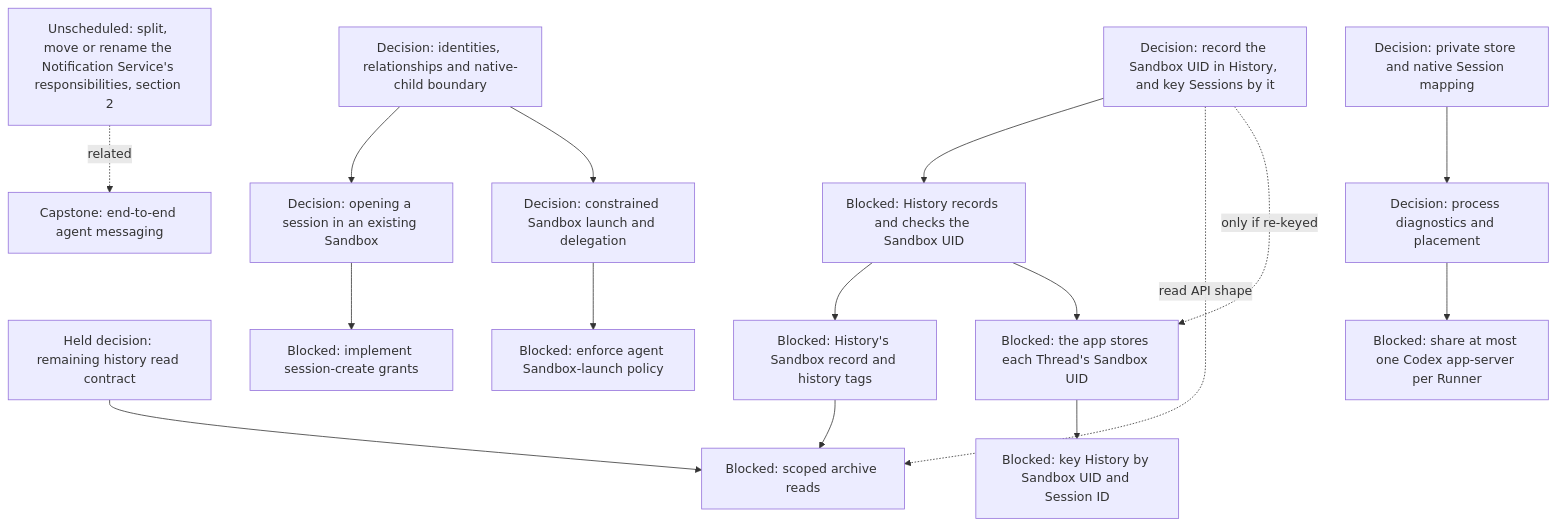
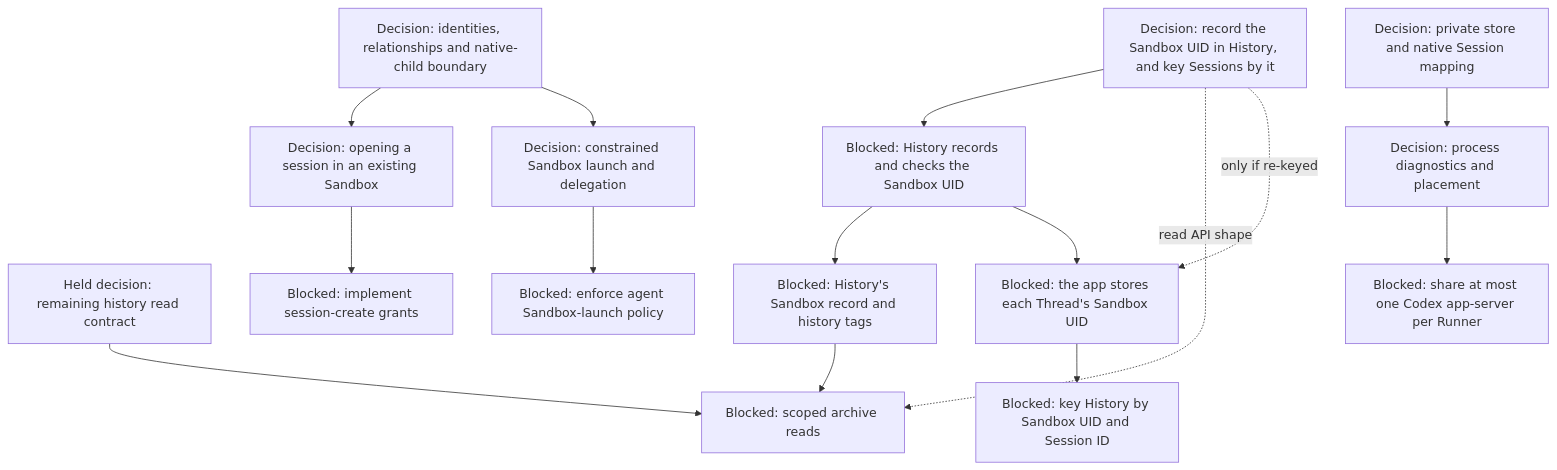
The sixth of 19 diagrams in agentplane/plans/task_dag.md (agentydragon-agent/ducktape), drawn with Mermaid before and after one commit. The commit also changed other lines of this file and 9 other files, not shown here.

````diff
--- a/agentplane/plans/task_dag.md
+++ b/agentplane/plans/task_dag.md
@@ -302,33 +300,31 @@
 ```mermaid
 flowchart TD
     MULTIAGENT_MODEL[Decision: identities, relationships and native-child boundary]
     THREAD_READ_POLICY_DESIGN[Held decision: remaining history read contract]
     HISTORY_SANDBOX_RECORD[Blocked: History's Sandbox record and history tags]
     THREAD_READ_POLICY[Blocked: scoped archive reads]
     HISTORY_SESSION_KEY_DESIGN[Decision: record the Sandbox UID in History, and key Sessions by it]
     HISTORY_SANDBOX_UID[Blocked: History records and checks the Sandbox UID]
     APP_THREAD_SANDBOX_UID[Blocked: the app stores each Thread's Sandbox UID]
     HISTORY_SESSION_REKEY[Blocked: key History by Sandbox UID and Session ID]
-    AGENT_MESSAGING[Capstone: end-to-end agent messaging]
     THREAD_CREATE_POLICY[Decision: opening a session in an existing Sandbox]
     THREAD_CREATE_AUTHORIZATION[Blocked: implement session-create grants]
     AGENT_LAUNCH_POLICY_DESIGN[Decision: constrained Sandbox launch and delegation]
     AGENT_SANDBOX_LAUNCH[Blocked: enforce agent Sandbox-launch policy]
     MULTIAGENT_MODEL --> THREAD_CREATE_POLICY
     MULTIAGENT_MODEL --> AGENT_LAUNCH_POLICY_DESIGN
     THREAD_READ_POLICY_DESIGN --> THREAD_READ_POLICY
     HISTORY_SESSION_KEY_DESIGN --> HISTORY_SANDBOX_UID
     HISTORY_SESSION_KEY_DESIGN -. read API shape .-> THREAD_READ_POLICY
     HISTORY_SESSION_KEY_DESIGN -. only if re-keyed .-> APP_THREAD_SANDBOX_UID
     HISTORY_SANDBOX_UID --> HISTORY_SANDBOX_RECORD
     HISTORY_SANDBOX_RECORD --> THREAD_READ_POLICY
     HISTORY_SANDBOX_UID --> APP_THREAD_SANDBOX_UID
     APP_THREAD_SANDBOX_UID --> HISTORY_SESSION_REKEY
-    NOTIFICATION_SERVICE_SPLIT[Unscheduled: split, move or rename the Notification Service's responsibilities, section 2] -. related .-> AGENT_MESSAGING
     THREAD_CREATE_POLICY --> THREAD_CREATE_AUTHORIZATION
     AGENT_LAUNCH_POLICY_DESIGN --> AGENT_SANDBOX_LAUNCH
     RUNNER_HARNESS_OBJECTS_DESIGN[Decision: process diagnostics and placement]
     HARNESS_IDENTITY_DESIGN[Decision: private store and native Session mapping]
     HARNESS_IDENTITY_DESIGN --> RUNNER_HARNESS_OBJECTS_DESIGN
     RUNNER_HARNESS_OBJECTS_DESIGN --> RUNNER_CODEX_SHARED_PROCESS[Blocked: share at most one Codex app-server per Runner]
 ```
````
